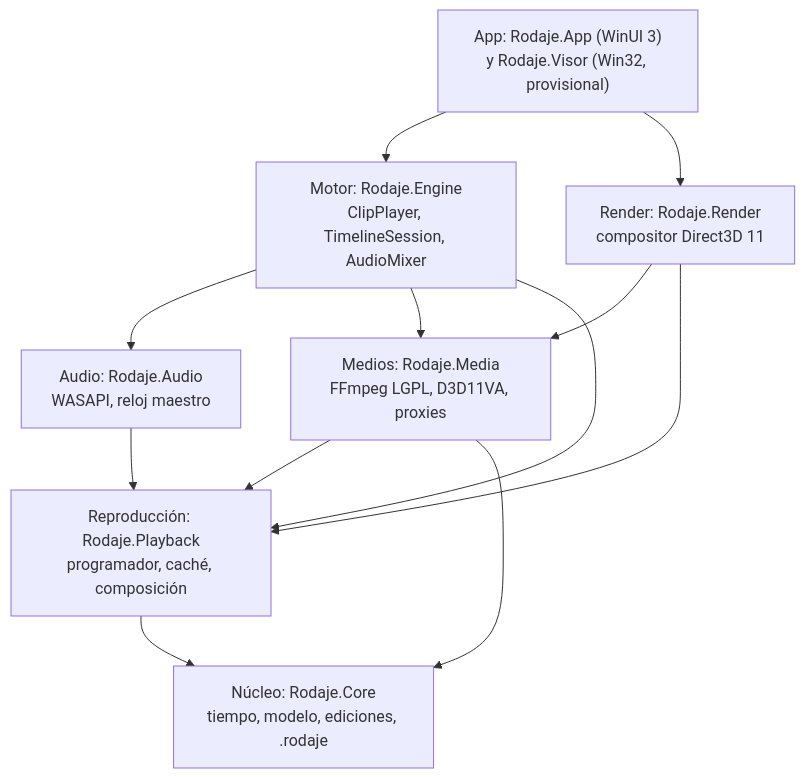
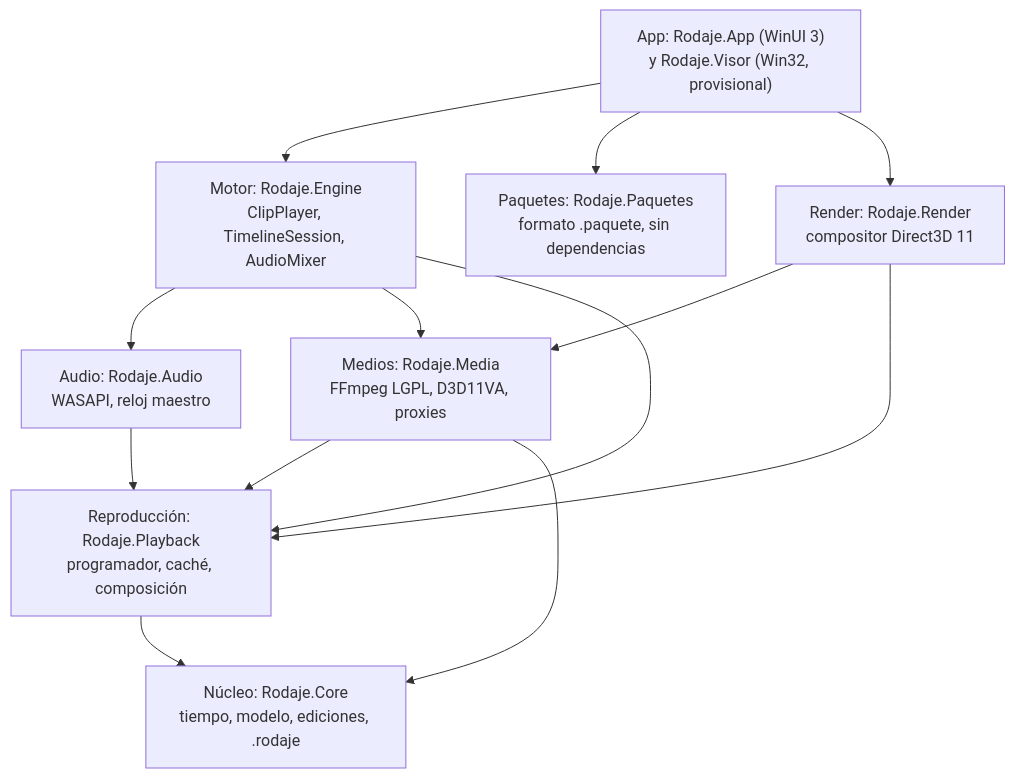
Before and after one commit to Dathinel/rodaje: the diagram in docs/arquitectura/README.md, drawn with Mermaid. The commit also changed other lines of this file and 56 other files, not shown here.

````diff
--- a/docs/arquitectura/README.md
+++ b/docs/arquitectura/README.md
@@ -5,21 +5,23 @@
 ```mermaid
 flowchart TB
     App["App: Rodaje.App (WinUI 3)<br/>y Rodaje.Visor (Win32, provisional)"]
     Engine["Motor: Rodaje.Engine<br/>ClipPlayer, TimelineSession, AudioMixer"]
     Render["Render: Rodaje.Render<br/>compositor Direct3D 11"]
     Audio["Audio: Rodaje.Audio<br/>WASAPI, reloj maestro"]
     Media["Medios: Rodaje.Media<br/>FFmpeg LGPL, D3D11VA, proxies"]
     Playback["Reproducción: Rodaje.Playback<br/>programador, caché, composición"]
     Core["Núcleo: Rodaje.Core<br/>tiempo, modelo, ediciones, .rodaje"]
+    Paquetes["Paquetes: Rodaje.Paquetes<br/>formato .paquete, sin dependencias"]
     App --> Engine
+    App --> Paquetes
     App --> Render
     Engine --> Audio
     Engine --> Media
     Engine --> Playback
     Render --> Media
     Render --> Playback
     Audio --> Playback
     Media --> Playback
     Media --> Core
     Playback --> Core
 ```
````
